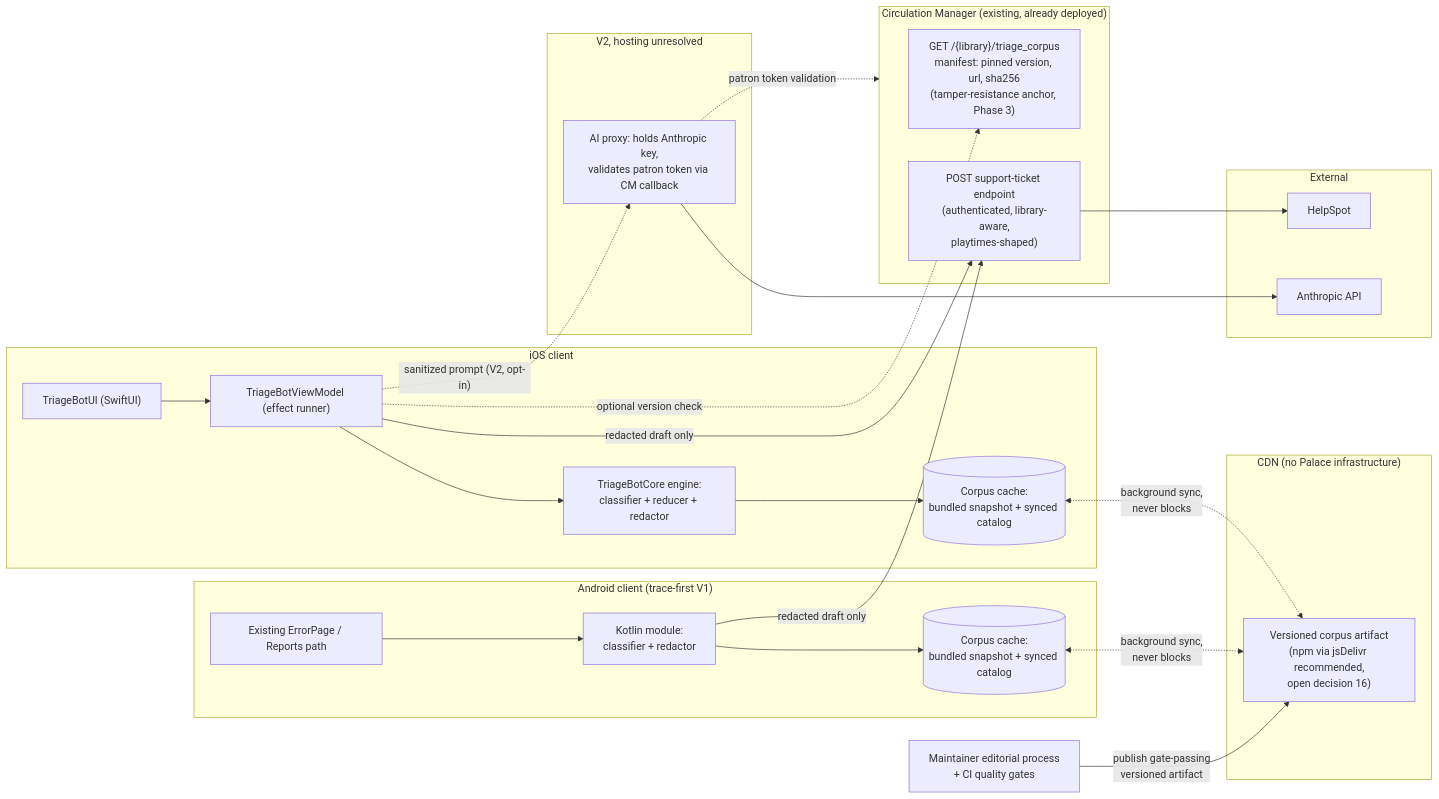
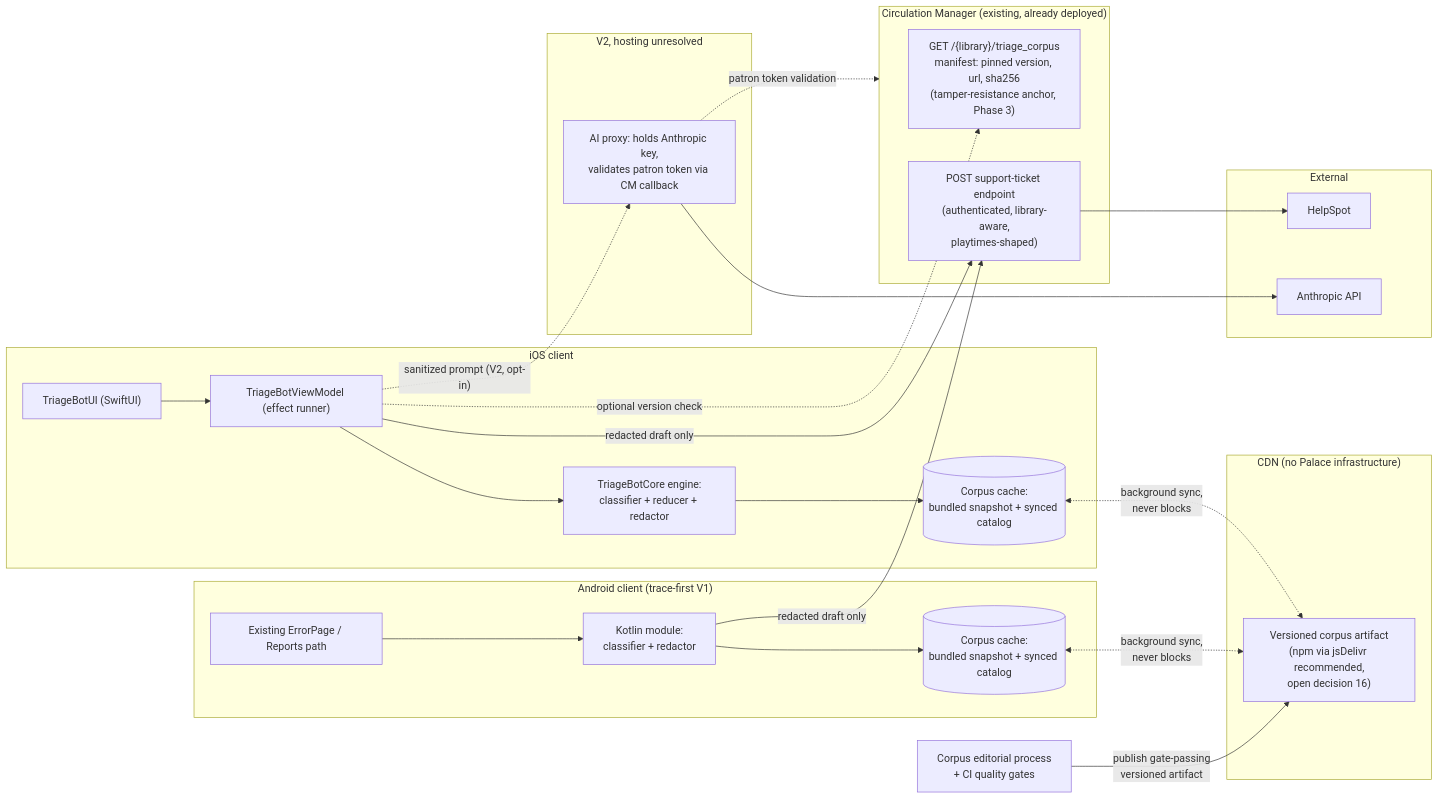
Before and after one commit to ThePalaceProject/ios-core: the first of 2 diagrams in docs/architecture/triage-bot-shared-architecture-proposal.md, drawn with Mermaid. The commit also changed other lines of this file and 1 other file, not shown here.

````diff
--- a/docs/architecture/triage-bot-shared-architecture-proposal.md
+++ b/docs/architecture/triage-bot-shared-architecture-proposal.md
@@ -90,36 +90,36 @@
 ```mermaid
 flowchart LR
   subgraph ios["iOS client"]
     UIi["TriageBotUI (SwiftUI)"] --> VMi["TriageBotViewModel (effect runner)"]
     VMi --> COREi["TriageBotCore engine:\nclassifier + reducer + redactor"]
     COREi --> CACHEi[("Corpus cache:\nbundled snapshot + synced catalog")]
   end
   subgraph android["Android client (trace-first V1)"]
     RPT["Existing ErrorPage / Reports path"] --> COREa["Kotlin module:\nclassifier + redactor"]
     COREa --> CACHEa[("Corpus cache:\nbundled snapshot + synced catalog")]
   end
   subgraph cdn["CDN (no Palace infrastructure)"]
     ART["Versioned corpus artifact\n(npm via jsDelivr recommended,\nopen decision 16)"]
   end
   subgraph cm["Circulation Manager (existing, already deployed)"]
     MAN["GET /{library}/triage_corpus\nmanifest: pinned version, url, sha256\n(tamper-resistance anchor, Phase 3)"]
     SUP["POST support-ticket endpoint\n(authenticated, library-aware,\nplaytimes-shaped)"]
   end
   subgraph v2["V2, hosting unresolved"]
     AIP["AI proxy: holds Anthropic key,\nvalidates patron token via CM callback"]
   end
   subgraph external["External"]
     HS["HelpSpot"]
     ANT["Anthropic API"]
   end
   CACHEi <-. "background sync,\nnever blocks" .-> ART
   CACHEa <-. "background sync,\nnever blocks" .-> ART
   VMi -. "optional version check" .-> MAN
   VMi -- "redacted draft only" --> SUP
   COREa -- "redacted draft only" --> SUP
   VMi -. "sanitized prompt (V2, opt-in)" .-> AIP
   SUP --> HS
   AIP -. "patron token validation" .-> cm
   AIP --> ANT
-  CURATOR["Maintainer editorial process\n+ CI quality gates"] -- "publish gate-passing\nversioned artifact" --> ART
+  CURATOR["Corpus editorial process\n+ CI quality gates"] -- "publish gate-passing\nversioned artifact" --> ART
 ```
````
